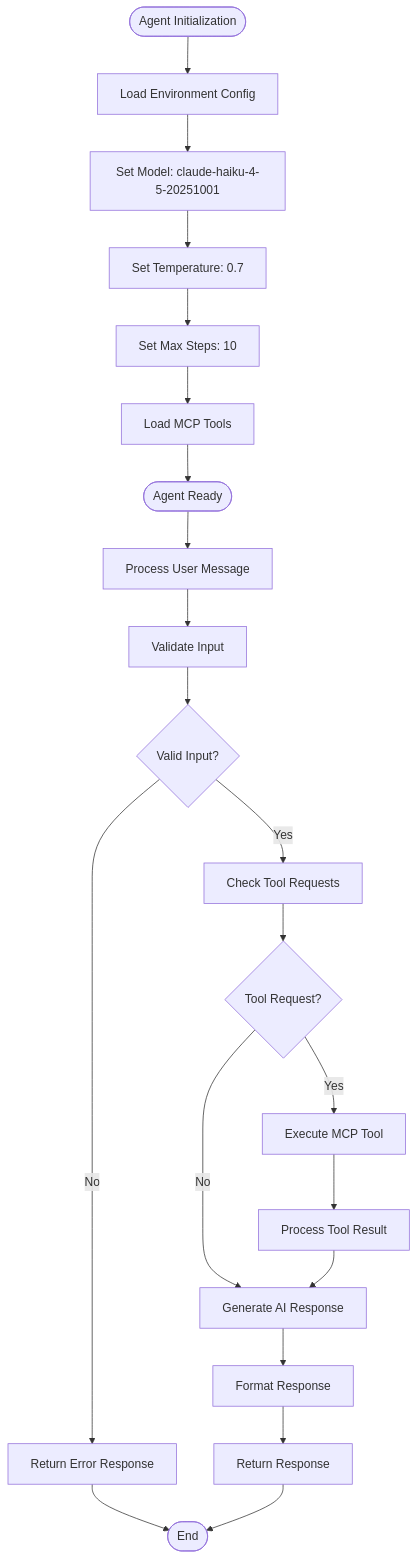
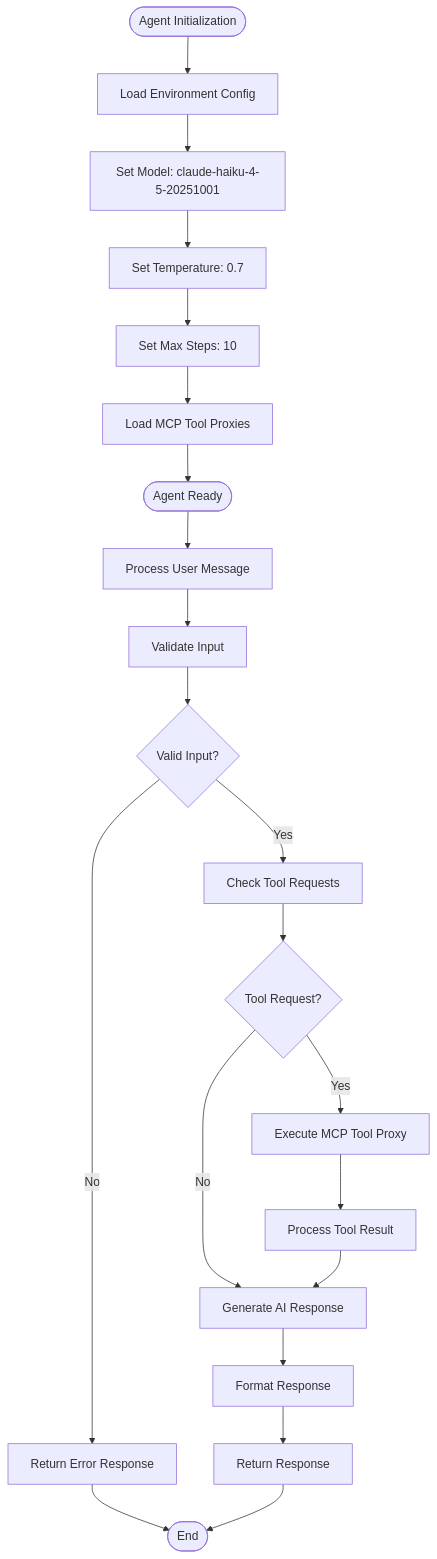
Before and after one commit to siimliimand/laravel-assistant: the fourth of 20 diagrams in .qoder/repowiki/en/content/AI Integration System/Agent System/DevBot AI Agent System.md, drawn with Mermaid. The commit also changed other lines of this file and 7 other files, not shown here.

First line of the commit message:
feat(mcp-client): integrate MCP protocol client service for DevBot AI agent tools

````diff
--- a/.qoder/repowiki/en/content/AI Integration System/Agent System/DevBot AI Agent System.md
+++ b/.qoder/repowiki/en/content/AI Integration System/Agent System/DevBot AI Agent System.md
@@ -223,23 +246,23 @@
 ```mermaid
 flowchart TD
 Start([Agent Initialization]) --> LoadConfig["Load Environment Config"]
 LoadConfig --> SetModel["Set Model: claude-haiku-4-5-20251001"]
 SetModel --> SetTemperature["Set Temperature: 0.7"]
 SetTemperature --> SetMaxSteps["Set Max Steps: 10"]
-SetMaxSteps --> LoadTools["Load MCP Tools"]
+SetMaxSteps --> LoadTools["Load MCP Tool Proxies"]
 LoadTools --> Ready([Agent Ready])
 Ready --> ProcessMessage["Process User Message"]
 ProcessMessage --> ValidateInput["Validate Input"]
 ValidateInput --> InputValid{"Valid Input?"}
 InputValid --> |No| ReturnError["Return Error Response"]
 InputValid --> |Yes| CheckTools["Check Tool Requests"]
 CheckTools --> ToolRequested{"Tool Request?"}
-ToolRequested --> |Yes| ExecuteTool["Execute MCP Tool"]
+ToolRequested --> |Yes| ExecuteTool["Execute MCP Tool Proxy"]
 ToolRequested --> |No| GenerateResponse["Generate AI Response"]
 ExecuteTool --> ToolResult["Process Tool Result"]
 ToolResult --> GenerateResponse
 GenerateResponse --> FormatResponse["Format Response"]
 FormatResponse --> ReturnResponse["Return Response"]
 ReturnError --> End([End])
 ReturnResponse --> End
 ```
````
